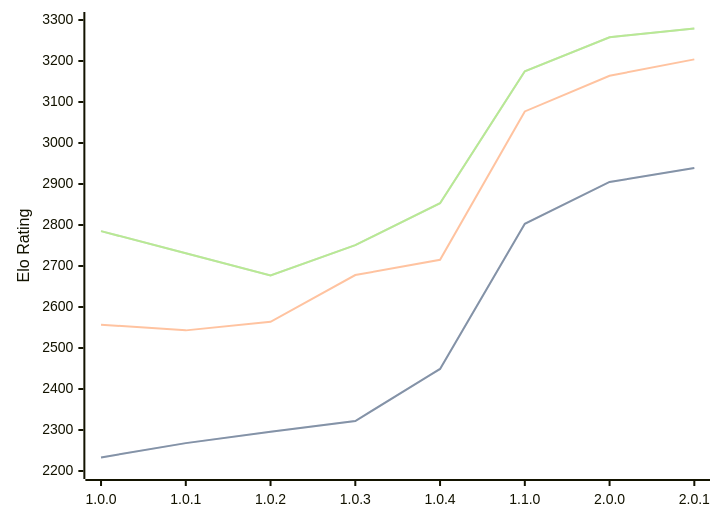
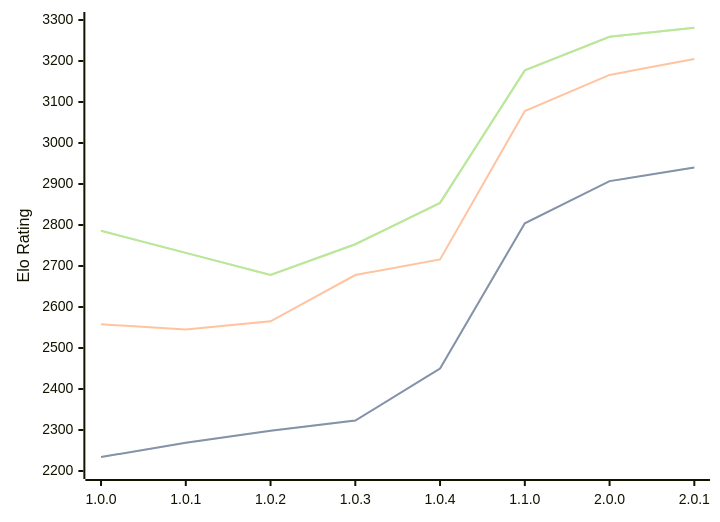
One commit to computer-chess-index/cci changed the diagram in engines/Grail.md. Above: the diagram before and after it, drawn with Mermaid. The commit also changed other lines of this file, not shown here.

Commit message:
Update CCI Ratings (ELO VLTC) - 2026-08-26

````diff
--- a/engines/Grail.md
+++ b/engines/Grail.md
@@ -38,11 +38,11 @@
 ```mermaid
 %%{init: {"theme":"base","themeVariables":{"seriesColors:['#a3a3a3','#222221','#faa371']}}}%%
 xychart-beta
   x-axis ["1.0.0", "1.0.1", "1.0.2", "1.0.3", "1.0.4", "1.1.0", "2.0.0", "2.0.1"]
   y-axis "Elo Rating" 2200 --> 3300
-  line "STC (8.0+0.08s)" [2233, 2268, 2296, 2322, 2449, 2803, 2905, 2939]
-  line "STC (8.0+0.08s)" [2233, 2268, 2296, 2322, 2449, 2803, 2905, 2939]
-  line "LTC (60.0+0.60s)" [2557, 2543, 2564, 2678, 2715, 3077, 3164, 3204]
-  line "VLTC (2m24s+1.12s)" [2785, 2731, 2677, 2751, 2853, 3175, 3258, 3279]
-  line "VLTC (2m24s+1.12s)" [2785, 2731, 2677, 2751, 2853, 3175, 3258, 3279]
+  line "STC (8.0+0.08s)" [2234, 2269, 2298, 2323, 2450, 2804, 2907, 2940]
+  line "STC (8.0+0.08s)" [2234, 2269, 2298, 2323, 2450, 2804, 2907, 2940]
+  line "LTC (60.0+0.60s)" [2558, 2545, 2565, 2678, 2716, 3078, 3166, 3205]
+  line "VLTC (2m24s+1.12s)" [2786, 2732, 2678, 2753, 2854, 3177, 3259, 3281]
+  line "VLTC (2m24s+1.12s)" [2786, 2732, 2678, 2753, 2854, 3177, 3259, 3281]
 ```
````
